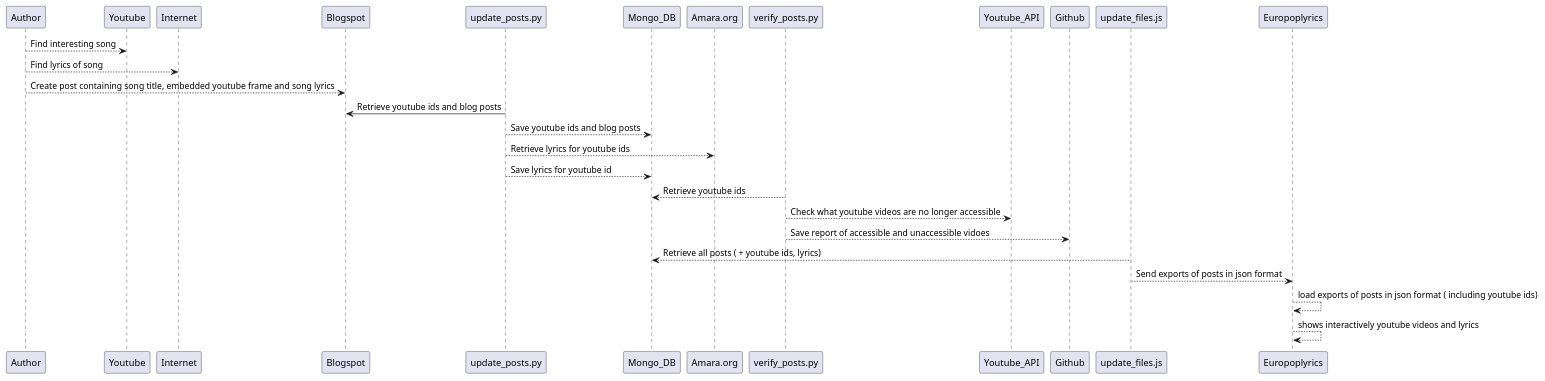
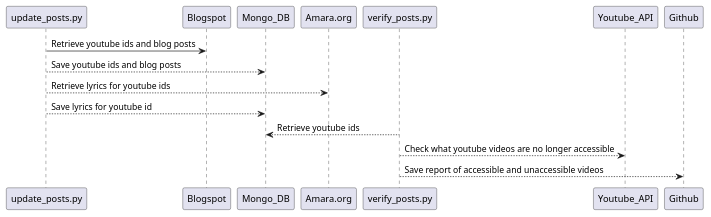
The second of 3 diagrams in doc/relations.puml (diegoami/JS_FE_musicblogs), drawn with PlantUML before and after one commit. The commit also changed 4 other files, not shown here.

```diff
--- a/doc/relations.puml
+++ b/doc/relations.puml
@@ -5,23 +12,12 @@
 @startuml
-
-Author --> Youtube : Find interesting song
-Author --> Internet : Find lyrics of song
-Author --> Blogspot : Create post containing song title, embedded youtube frame and song lyrics
 
 update_posts.py -> Blogspot : Retrieve youtube ids and blog posts
 update_posts.py --> Mongo_DB : Save youtube ids and blog posts
 
 update_posts.py --> Amara.org : Retrieve lyrics for youtube ids
 update_posts.py --> Mongo_DB : Save lyrics for youtube id
 
 verify_posts.py --> Mongo_DB : Retrieve youtube ids
 verify_posts.py --> Youtube_API : Check what youtube videos are no longer accessible
-verify_posts.py --> Github : Save report of accessible and unaccessible vidoes
-
-update_files.js --> Mongo_DB : Retrieve all posts ( + youtube ids, lyrics)
-update_files.js --> Europoplyrics : Send exports of posts in json format
-
-Europoplyrics --> Europoplyrics : load exports of posts in json format ( including youtube ids)
-Europoplyrics --> Europoplyrics : shows interactively youtube videos and lyrics
-
+verify_posts.py --> Github : Save report of accessible and unaccessible videos
 @enduml
```
